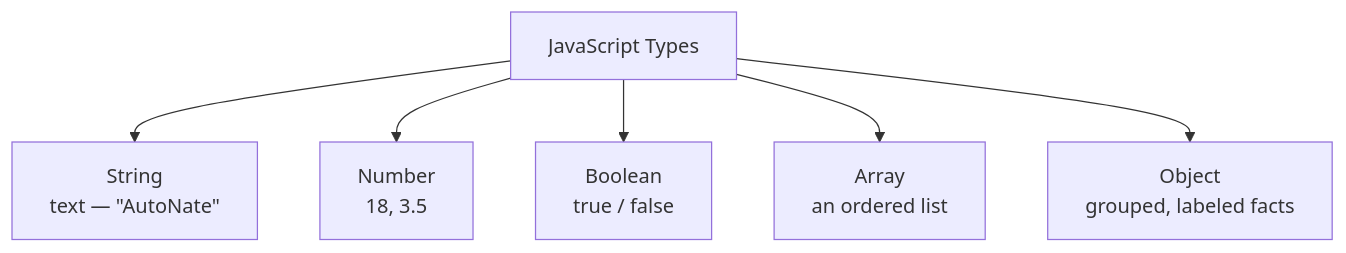
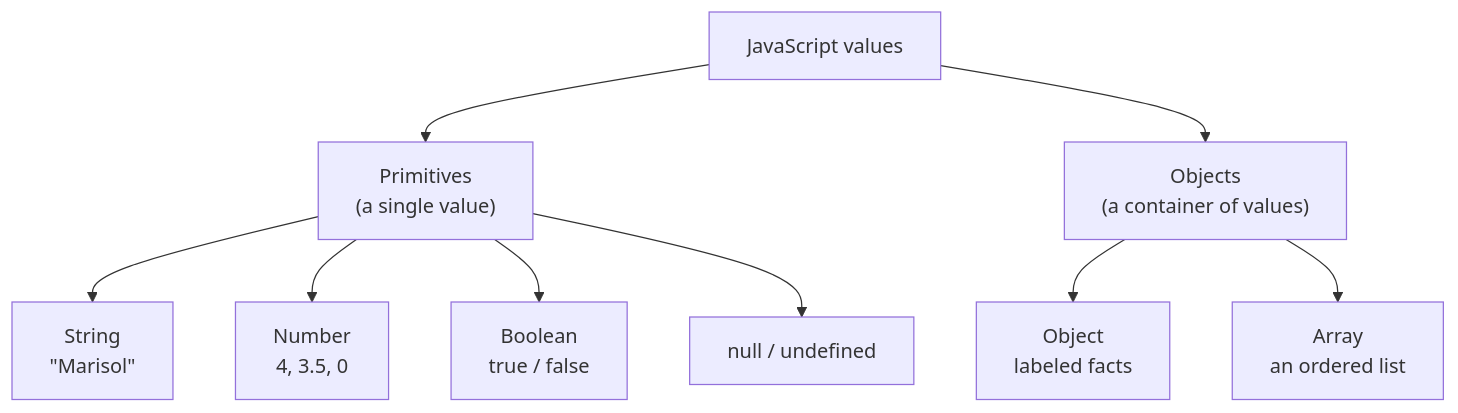
Before and after one commit to AutoNateAI/roblox-gamelab-2: the diagram in apps/marketplace/content/tutorials/intro-to-javascript-for-beginners/02-variables-types-and-values.md, drawn with Mermaid. The commit also changed other lines of this file and 130 other files, not shown here.

````diff
--- a/apps/marketplace/content/tutorials/intro-to-javascript-for-beginners/02-variables-types-and-values.md
+++ b/apps/marketplace/content/tutorials/intro-to-javascript-for-beginners/02-variables-types-and-values.md
@@ -33,8 +52,11 @@
 ```mermaid
 flowchart TD
-  T["JavaScript Types"] --> S["String<br/>text — &quot;AutoNate&quot;"]
-  T --> N["Number<br/>18, 3.5"]
-  T --> B["Boolean<br/>true / false"]
-  T --> A["Array<br/>an ordered list"]
-  T --> O["Object<br/>grouped, labeled facts"]
+  T["JavaScript values"] --> P["Primitives<br/>(a single value)"]
+  T --> O["Objects<br/>(a container of values)"]
+  P --> S["String<br/>&quot;Marisol&quot;"]
+  P --> N["Number<br/>4, 3.5, 0"]
+  P --> B["Boolean<br/>true / false"]
+  P --> U["null / undefined"]
+  O --> Ob["Object<br/>labeled facts"]
+  O --> A["Array<br/>an ordered list"]
 ```
````
